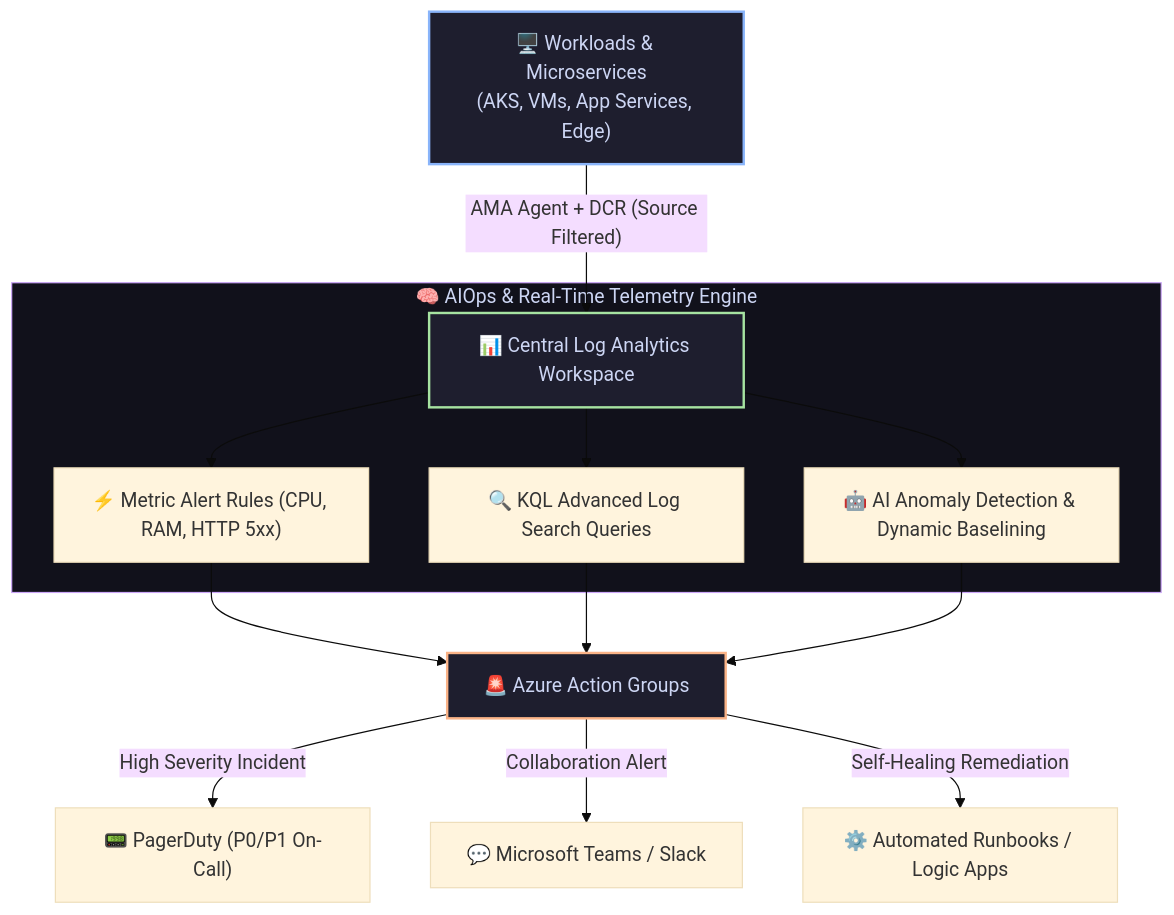
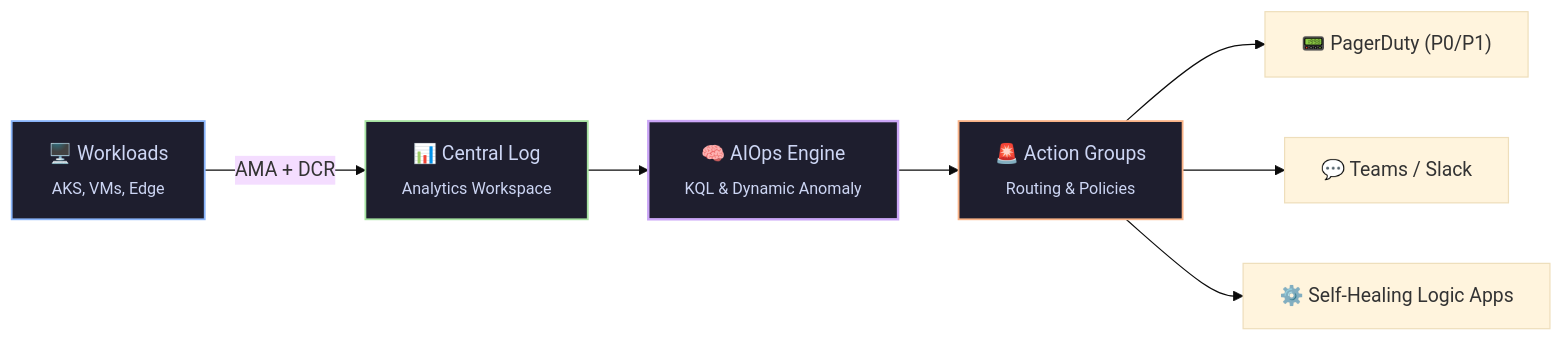
Diagram 11 of 12 in README.md (saurabh2017sln-oss/saurabh2017sln-oss), drawn with Mermaid (base theme) before and after one commit. The commit also changed other lines of this file, not shown here.

Commit message:
feat: redesign multi-agent architecture to horizontal layout with interactive CLI terminal and role matrix

````diff
--- a/README.md
+++ b/README.md
@@ -588,23 +599,14 @@
 ```mermaid
-graph TD
-    Hosts["🖥️ Workloads & Microservices<br/>(AKS, VMs, App Services, Edge)"] -->|"AMA Agent + DCR (Source Filtered)"| LAW["📊 Central Log Analytics Workspace"]
-    
-    subgraph AIOpsEngine["🧠 AIOps & Real-Time Telemetry Engine"]
-        LAW --> MetricAlerts["⚡ Metric Alert Rules (CPU, RAM, HTTP 5xx)"]
-        LAW --> LogAlerts["🔍 KQL Advanced Log Search Queries"]
-        LAW --> Anomaly["🤖 AI Anomaly Detection & Dynamic Baselining"]
-    end
+flowchart LR
+    Hosts["🖥️ Workloads<br/><sub>AKS, VMs, Edge</sub>"] -->|"AMA + DCR"| LAW["📊 Central Log<br/><sub>Analytics Workspace</sub>"]
+    LAW --> Engine["🧠 AIOps Engine<br/><sub>KQL & Dynamic Anomaly</sub>"]
+    Engine --> ActionGroup["🚨 Action Groups<br/><sub>Routing & Policies</sub>"]
+    ActionGroup --> PagerDuty["📟 PagerDuty (P0/P1)"]
+    ActionGroup --> Teams["💬 Teams / Slack"]
+    ActionGroup --> Runbook["⚙️ Self-Healing Logic Apps"]
 
-    MetricAlerts --> ActionGroup["🚨 Azure Action Groups"]
-    LogAlerts --> ActionGroup
-    Anomaly --> ActionGroup
-
-    ActionGroup -->|"High Severity Incident"| PagerDuty["📟 PagerDuty (P0/P1 On-Call)"]
-    ActionGroup -->|"Collaboration Alert"| Teams["💬 Microsoft Teams / Slack"]
-    ActionGroup -->|"Self-Healing Remediation"| Runbook["⚙️ Automated Runbooks / Logic Apps"]
-
-    style Hosts fill:#1e1e2e,stroke:#89b4fa,stroke-width:2px,color:#cdd6f4
-    style LAW fill:#1e1e2e,stroke:#a6e3a1,stroke-width:2px,color:#cdd6f4
-    style AIOpsEngine fill:#11111b,stroke:#cba6f7,stroke-width:1px,color:#cdd6f4
-    style ActionGroup fill:#1e1e2e,stroke:#fab387,stroke-width:2px,color:#cdd6f4
+    style Hosts fill:#1e1e2e,stroke:#89b4fa,stroke-width:1.5px,color:#cdd6f4
+    style LAW fill:#1e1e2e,stroke:#a6e3a1,stroke-width:1.5px,color:#cdd6f4
+    style Engine fill:#1e1e2e,stroke:#cba6f7,stroke-width:2px,color:#cdd6f4
+    style ActionGroup fill:#1e1e2e,stroke:#fab387,stroke-width:1.5px,color:#cdd6f4
 ```
````
